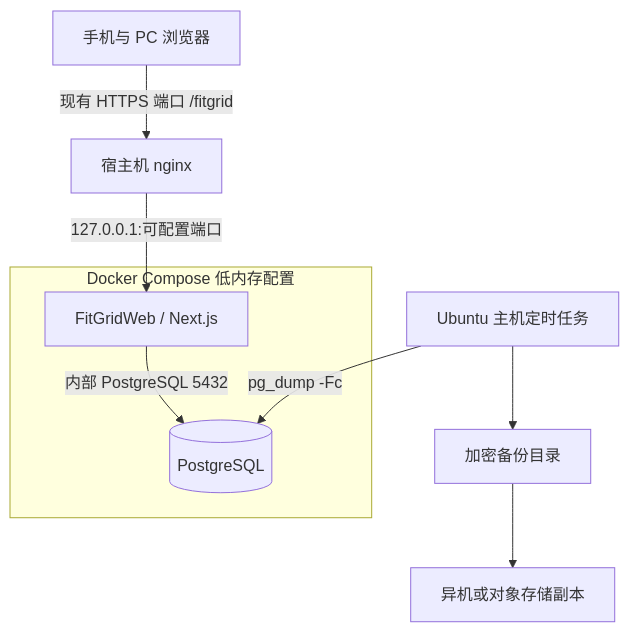
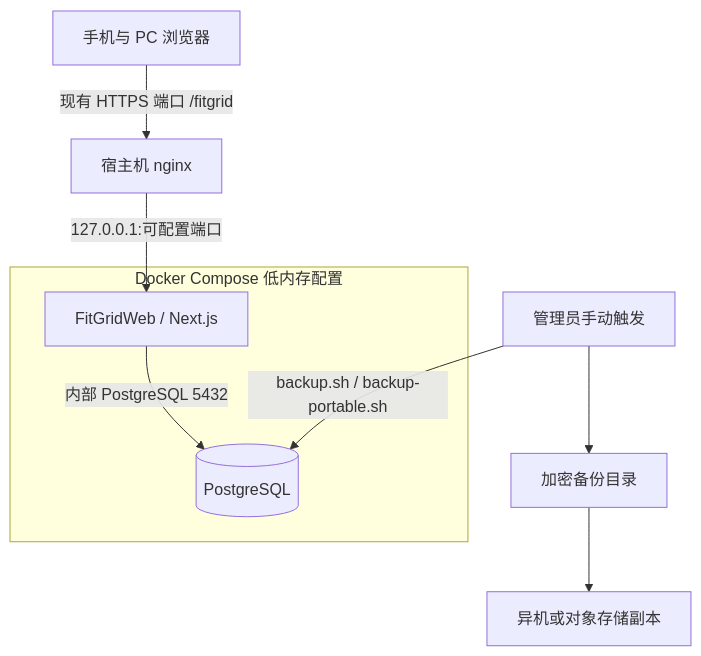
The diagram in docs/fit-replication/07-deployment-and-operations.md (zhshy7713950/FitGridWeb), drawn with Mermaid before and after one commit. The commit also changed other lines of this file and 3 other files, not shown here.

````diff
--- a/docs/fit-replication/07-deployment-and-operations.md
+++ b/docs/fit-replication/07-deployment-and-operations.md
@@ -15,14 +15,14 @@
 ```mermaid
 flowchart TB
     U[手机与 PC 浏览器] -->|现有 HTTPS 端口 /fitgrid| N[宿主机 nginx]
     N -->|127.0.0.1:可配置端口| A[FitGridWeb / Next.js]
     A -->|内部 PostgreSQL 5432| D[(PostgreSQL)]
-    H[Ubuntu 主机定时任务] -->|pg_dump -Fc| D
-    H --> B[加密备份目录]
-    B --> O[异机或对象存储副本]
+    O[管理员手动触发] -->|backup.sh / backup-portable.sh| D
+    O --> B[加密备份目录]
+    B --> R[异机或对象存储副本]
 
     subgraph Docker Compose 低内存配置
       A
       D
     end
 ```
````
